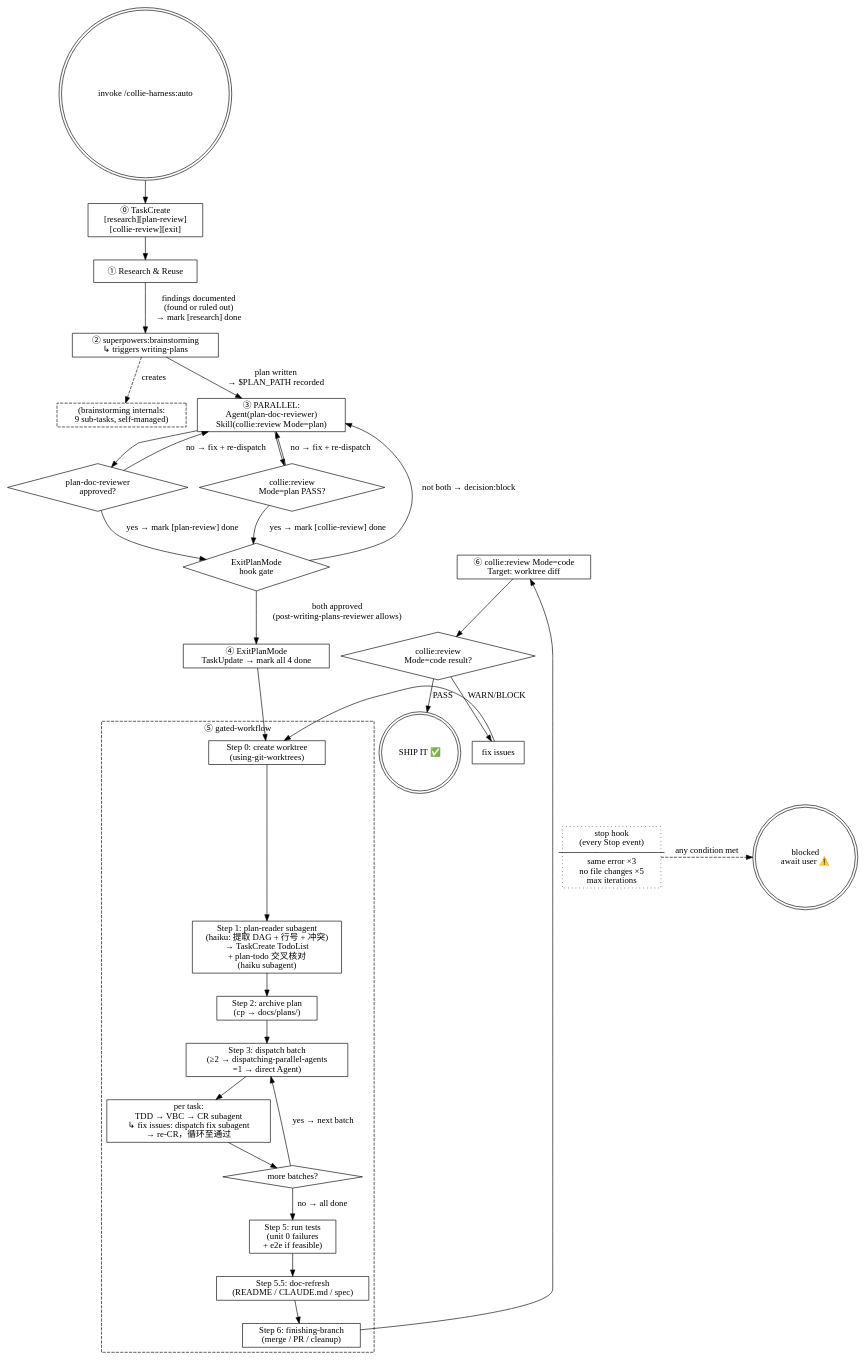
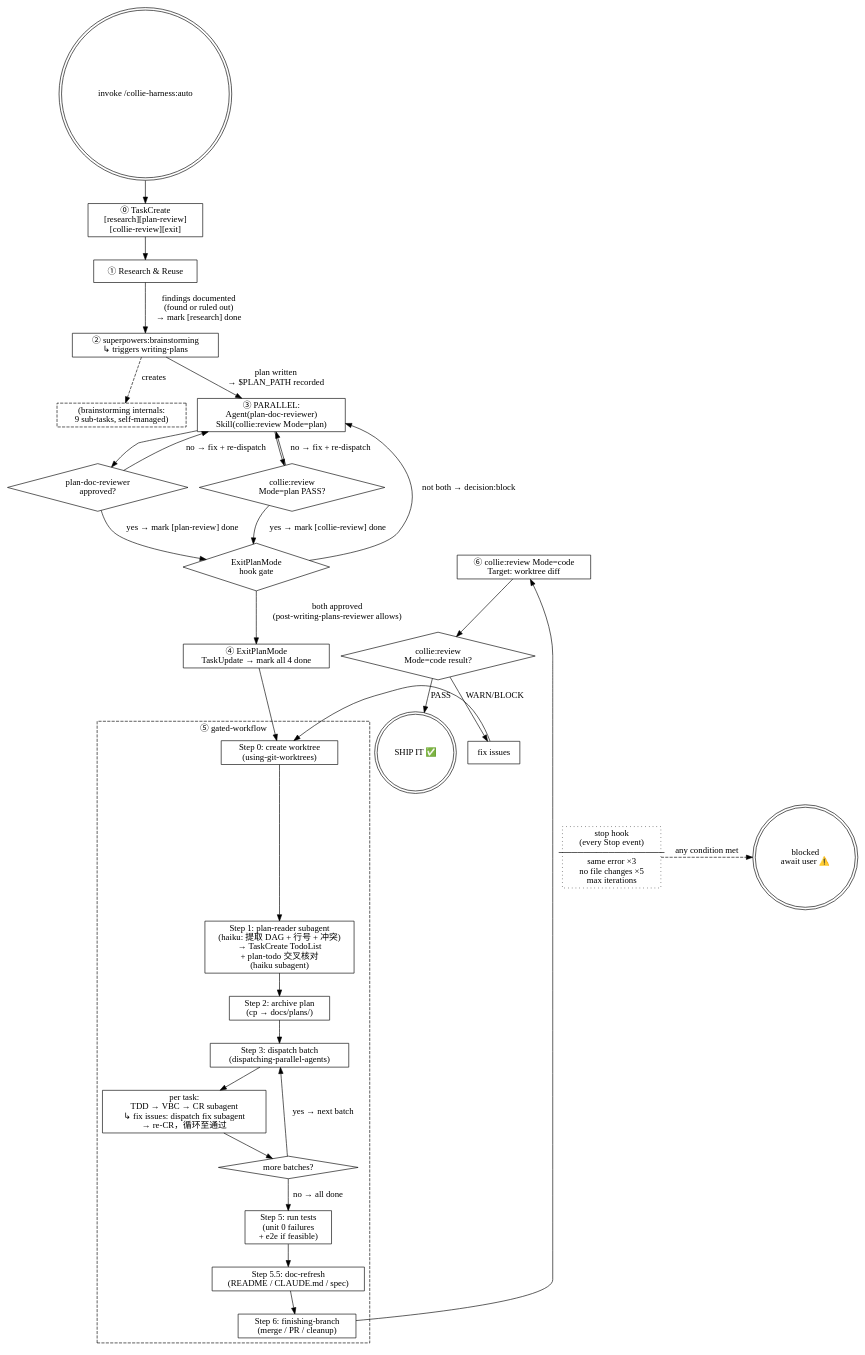
Before and after one commit to lkv1988/collie-harness: the diagram in docs/auto-state-machine-detailed.md, drawn with Graphviz. The commit also changed 1 other file, not shown here.

Commit message:
refactor: 移除条件分发逻辑，统一用 dispatching-parallel-agents

```diff
--- a/docs/auto-state-machine-detailed.md
+++ b/docs/auto-state-machine-detailed.md
@@ -83,7 +83,7 @@
         GW_START [shape=box, label="Step 0: create worktree\n(using-git-worktrees)"];
         GW1      [shape=box, label="Step 1: plan-reader subagent\n(haiku: 提取 DAG + 行号 + 冲突)\n→ TaskCreate TodoList\n+ plan-todo 交叉核对\n(haiku subagent)"];
         GW2      [shape=box, label="Step 2: archive plan\n(cp → docs/plans/)"];
-        GW3      [shape=box, label="Step 3: dispatch batch\n(≥2 → dispatching-parallel-agents\n=1 → direct Agent)"];
+        GW3      [shape=box, label="Step 3: dispatch batch\n(dispatching-parallel-agents)"];
         GW4      [shape=box, label="per task:\nTDD → VBC → CR subagent\n↳ fix issues: dispatch fix subagent\n→ re-CR，循环至通过"];
         GW_MORE  [shape=diamond, label="more batches?"];
         GW5      [shape=box, label="Step 5: run tests\n(unit 0 failures\n+ e2e if feasible)"];
```
